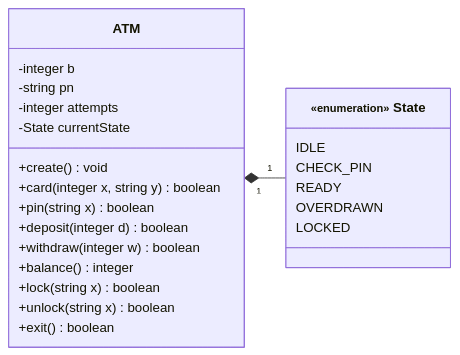
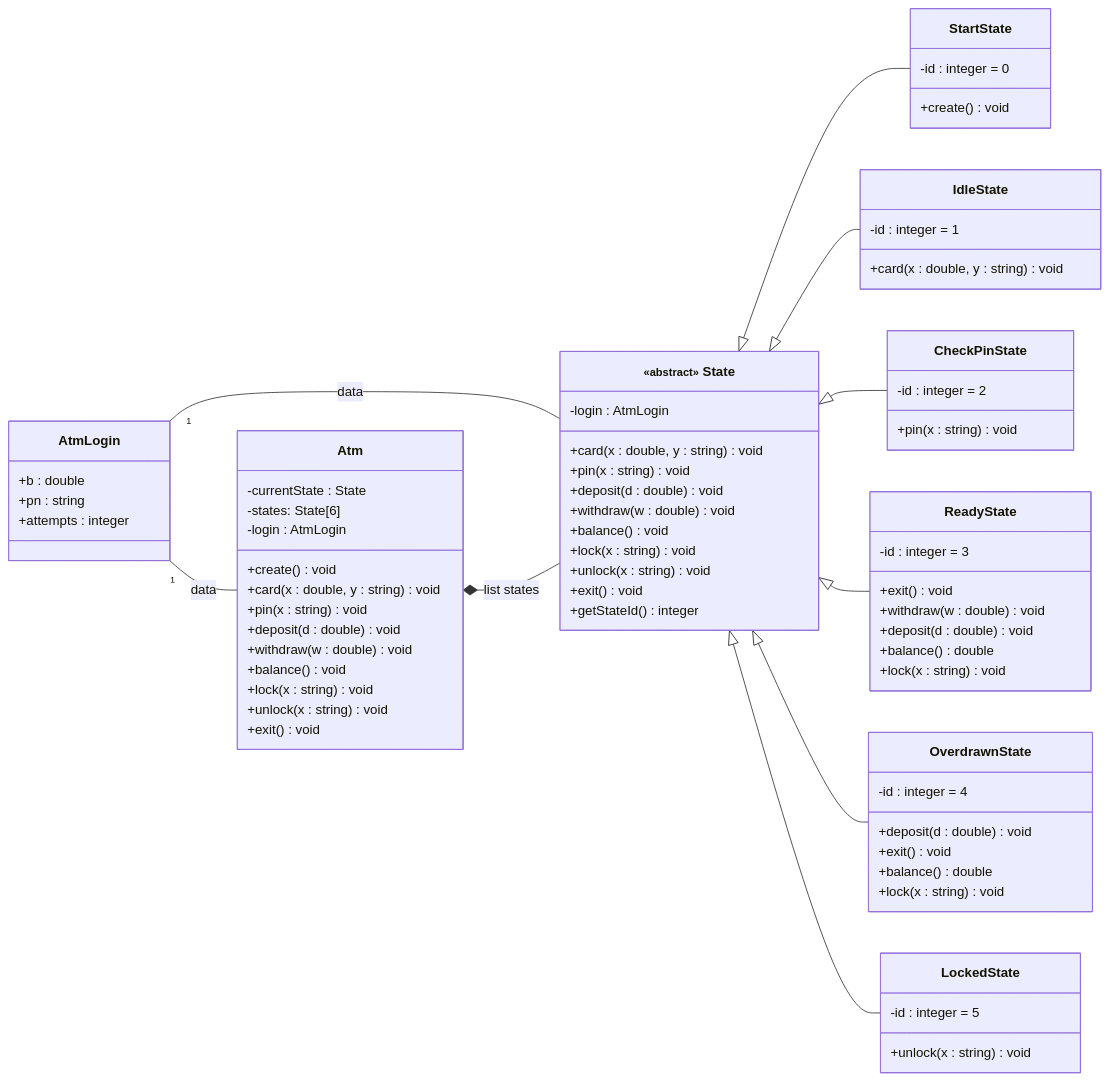
One commit to hanggrian/IIT-CS586 changed the sixth of 7 diagrams in assignments/hw1.md. Above: the diagram before and after it, drawn with Mermaid. The commit also changed other lines of this file and 6 other files, not shown here.

````diff
--- a/assignments/hw1.md
+++ b/assignments/hw1.md
@@ -854,27 +898,77 @@
 ```mermaid
 classDiagram
   direction LR
-  class ATM {
-    -integer b
-    -string pn
-    -integer attempts
-    -State currentState
+  class AtmLogin {
+    +b : double
+    +pn : string
+    +attempts : integer
+  }
+  class Atm {
+    -currentState : State
+    -states: State[6]
+    -login : AtmLogin
     +create() void
-    +card(integer x, string y) boolean
-    +pin(string x) boolean
-    +deposit(integer d) boolean
-    +withdraw(integer w) boolean
-    +balance() integer
-    +lock(string x) boolean
-    +unlock(string x) boolean
-    +exit() boolean
+    +card(x : double, y : string) void
+    +pin(x : string) void
+    +deposit(d : double) void
+    +withdraw(w : double) void
+    +balance() void
+    +lock(x : string) void
+    +unlock(x : string) void
+    +exit() void
   }
-  class `<small>&laquo;enumeration&raquo;</small> State` {
-    IDLE
-    CHECK_PIN
-    READY
-    OVERDRAWN
-    LOCKED
+  class `<small>&laquo;abstract&raquo;</small> State` {
+    -login : AtmLogin
+    +card(x : double, y : string) void
+    +pin(x : string) void
+    +deposit(d : double) void
+    +withdraw(w : double) void
+    +balance() void
+    +lock(x : string) void
+    +unlock(x : string) void
+    +exit() void
+    +getStateId() integer
   }
-  ATM "1" *-- "1" `<small>&laquo;enumeration&raquo;</small> State`
+  AtmLogin "1" -- `<small>&laquo;abstract&raquo;</small> State` : data
+  AtmLogin "1" -- Atm : data
+
+  class StartState {
+    -id : integer = 0
+    +create() void
+  }
+  class IdleState {
+    -id : integer = 1
+    +card(x : double, y : string) void
+  }
+  class CheckPinState {
+    -id : integer = 2
+    +pin(x : string) void
+  }
+  class ReadyState {
+    -id : integer = 3
+    +exit() void
+    +withdraw(w : double) void
+    +deposit(d : double) void
+    +balance() double
+    +lock(x : string) void
+  }
+  class OverdrawnState {
+    -id : integer = 4
+    +deposit(d : double) void
+    +exit() void
+    +balance() double
+    +lock(x : string) void
+  }
+  class LockedState {
+    -id : integer = 5
+    +unlock(x : string) void
+  }
+
+  Atm *-- `<small>&laquo;abstract&raquo;</small> State` : list states
+  `<small>&laquo;abstract&raquo;</small> State` <|-- StartState
+  `<small>&laquo;abstract&raquo;</small> State` <|-- IdleState
+  `<small>&laquo;abstract&raquo;</small> State` <|-- CheckPinState
+  `<small>&laquo;abstract&raquo;</small> State` <|-- ReadyState
+  `<small>&laquo;abstract&raquo;</small> State` <|-- OverdrawnState
+  `<small>&laquo;abstract&raquo;</small> State` <|-- LockedState
 ```
````
